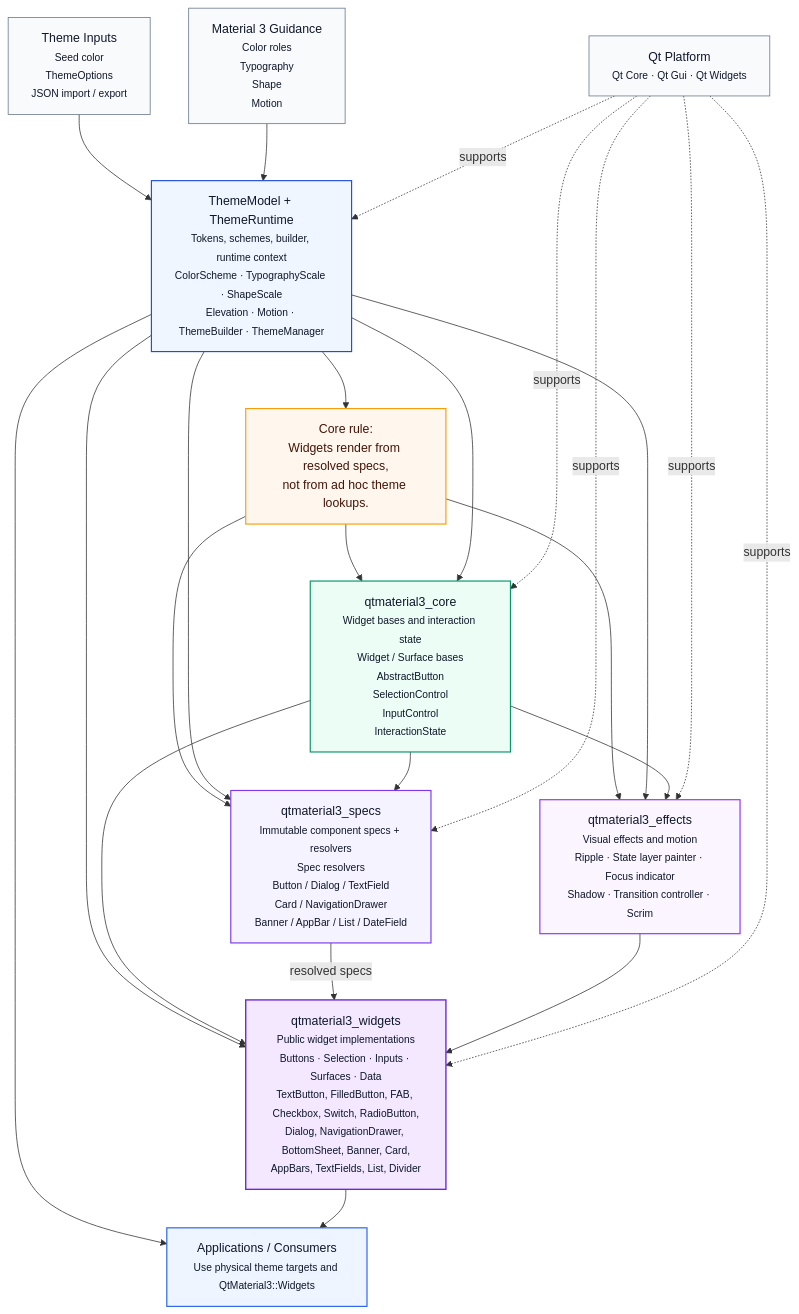
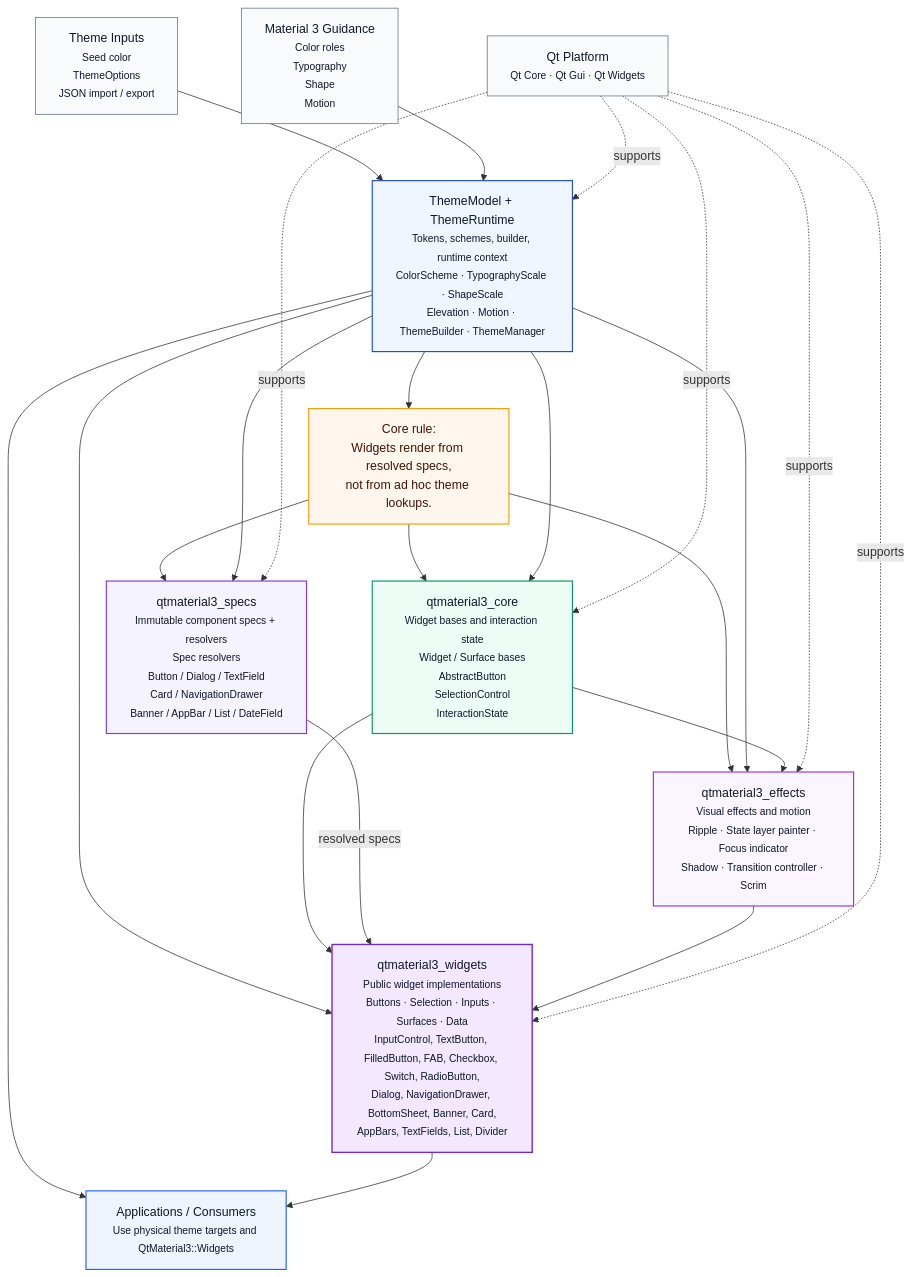
One commit to faudard/qt-material3-widget changed the first of 2 diagrams in docs/architecture/01-overview.md. Above: the diagram before and after it, drawn with Mermaid. The commit also changed 10 other files, not shown here.

Commit message:
fix: align pre-1.0 registry and architecture contracts

````diff
--- a/docs/architecture/01-overview.md
+++ b/docs/architecture/01-overview.md
@@ -11,68 +11,67 @@
 ```mermaid
 flowchart TB
     app["Applications / Consumers<br/><small>Use physical theme targets and QtMaterial3::Widgets</small>"]
 
     inputs["Theme Inputs<br/><small>Seed color<br/>ThemeOptions<br/>JSON import / export</small>"]
     m3["Material 3 Guidance<br/><small>Color roles<br/>Typography<br/>Shape<br/>Motion</small>"]
 
     theme["ThemeModel + ThemeRuntime<br/><small>Tokens, schemes, builder, runtime context<br/>ColorScheme · TypographyScale · ShapeScale<br/>Elevation · Motion · ThemeBuilder · ThemeManager</small>"]
 
     rule["Core rule:<br/>Widgets render from resolved specs,<br/>not from ad hoc theme lookups."]
 
-    core["qtmaterial3_core<br/><small>Widget bases and interaction state<br/>Widget / Surface bases<br/>AbstractButton<br/>SelectionControl<br/>InputControl<br/>InteractionState</small>"]
+    core["qtmaterial3_core<br/><small>Widget bases and interaction state<br/>Widget / Surface bases<br/>AbstractButton<br/>SelectionControl<br/>InteractionState</small>"]
 
     specs["qtmaterial3_specs<br/><small>Immutable component specs + resolvers<br/>Spec resolvers<br/>Button / Dialog / TextField<br/>Card / NavigationDrawer<br/>Banner / AppBar / List / DateField</small>"]
 
     effects["qtmaterial3_effects<br/><small>Visual effects and motion<br/>Ripple · State layer painter · Focus indicator<br/>Shadow · Transition controller · Scrim</small>"]
 
-    widgets["qtmaterial3_widgets<br/><small>Public widget implementations<br/>Buttons · Selection · Inputs · Surfaces · Data<br/>TextButton, FilledButton, FAB, Checkbox, Switch, RadioButton,<br/>Dialog, NavigationDrawer, BottomSheet, Banner, Card,<br/>AppBars, TextFields, List, Divider</small>"]
+    widgets["qtmaterial3_widgets<br/><small>Public widget implementations<br/>Buttons · Selection · Inputs · Surfaces · Data<br/>InputControl, TextButton, FilledButton, FAB, Checkbox, Switch, RadioButton,<br/>Dialog, NavigationDrawer, BottomSheet, Banner, Card,<br/>AppBars, TextFields, List, Divider</small>"]
 
     qt["Qt Platform<br/><small>Qt Core · Qt Gui · Qt Widgets</small>"]
 
     inputs --> theme
     m3 --> theme
 
     theme --> app
     widgets --> app
 
     theme --> rule
     rule --> core
     rule --> specs
     rule --> effects
 
     theme --> core
     theme --> specs
     theme --> effects
     theme --> widgets
 
-    core --> specs
     core --> effects
     core --> widgets
 
     specs -->|"resolved specs"| widgets
     effects --> widgets
 
     qt -. supports .-> theme
     qt -. supports .-> core
     qt -. supports .-> specs
     qt -. supports .-> effects
     qt -. supports .-> widgets
 
     classDef consumer fill:#eef5ff,stroke:#2563eb,stroke-width:1.5px,color:#0f172a;
     classDef theme fill:#eff6ff,stroke:#1d4ed8,stroke-width:1.5px,color:#0f172a;
     classDef core fill:#ecfdf5,stroke:#059669,stroke-width:1.5px,color:#0f172a;
     classDef specs fill:#f5f3ff,stroke:#7c3aed,stroke-width:1.5px,color:#0f172a;
     classDef effects fill:#faf5ff,stroke:#9333ea,stroke-width:1.5px,color:#0f172a;
     classDef widgets fill:#f3e8ff,stroke:#6d28d9,stroke-width:1.8px,color:#0f172a;
     classDef support fill:#f8fafc,stroke:#64748b,stroke-width:1px,color:#0f172a;
     classDef note fill:#fff7ed,stroke:#f59e0b,stroke-width:1.5px,color:#431407;
 
     class app consumer;
     class inputs,m3,qt support;
     class theme theme;
     class core core;
     class specs specs;
     class effects effects;
     class widgets widgets;
     class rule note;
 ```
````
